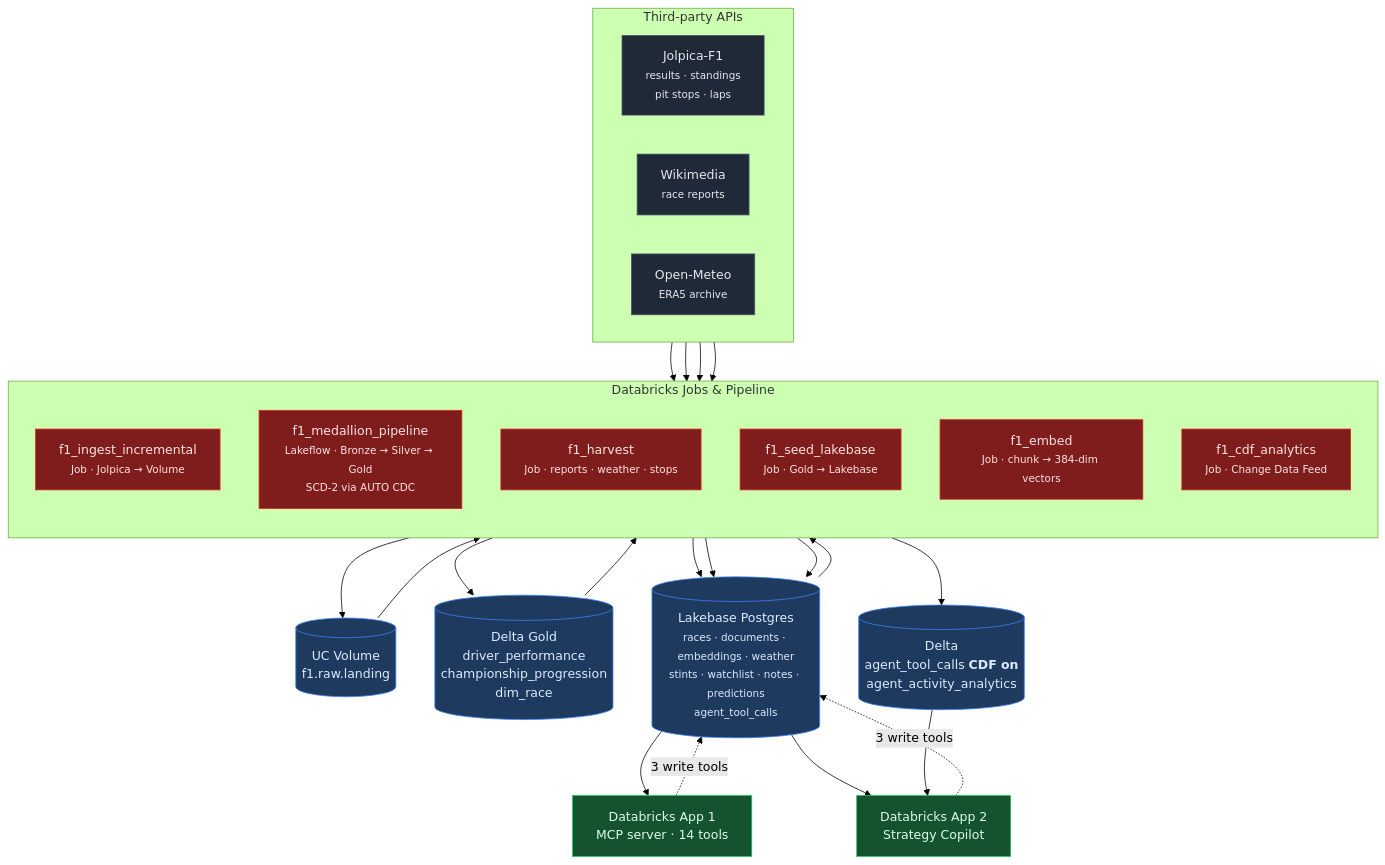
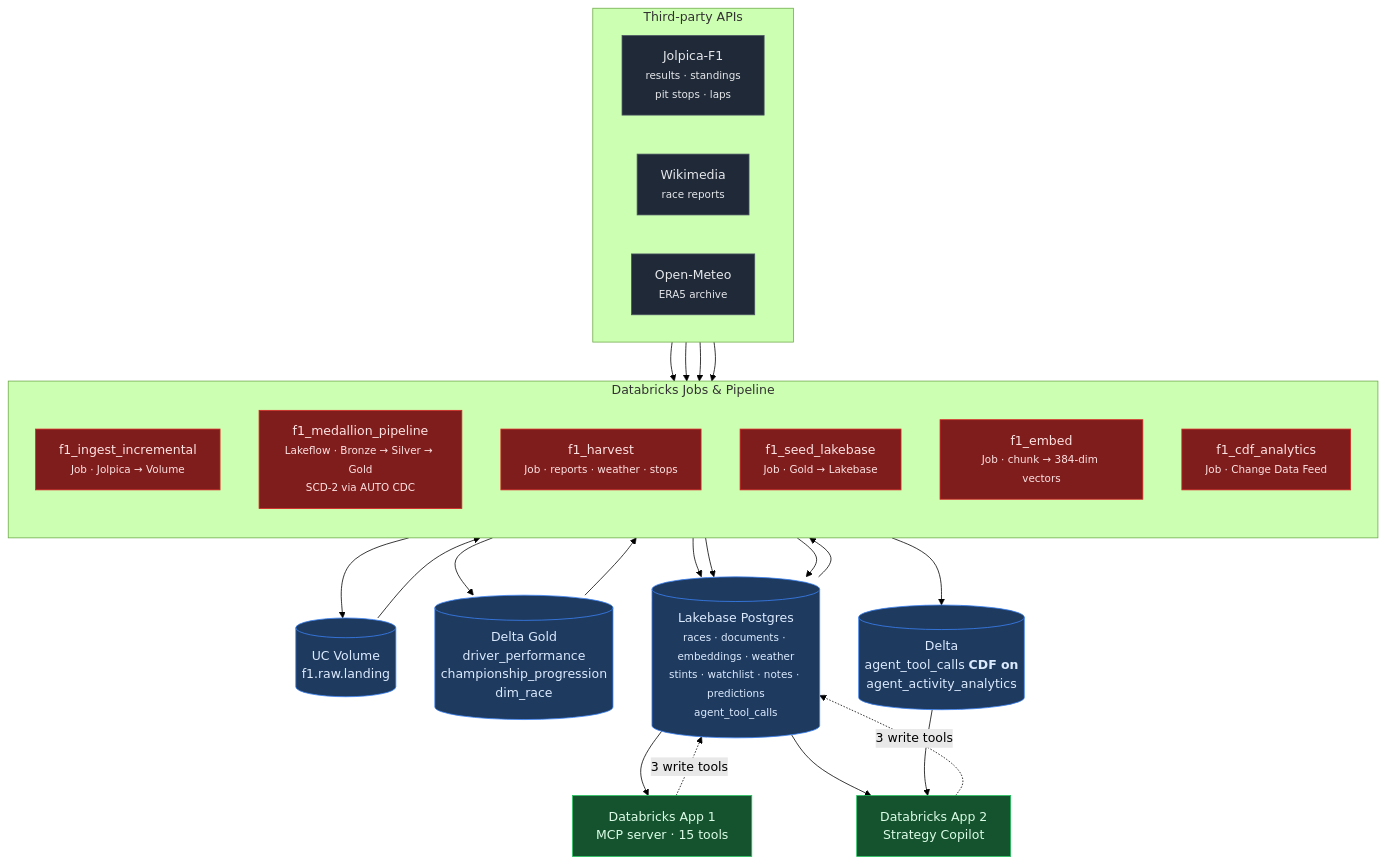
Before and after one commit to abhibastia/f1-strategy-copilot: the diagram in README.md, drawn with Mermaid (forest theme). The commit also changed other lines of this file and 2 other files, not shown here.

````diff
--- a/README.md
+++ b/README.md
@@ -70,50 +70,50 @@
 ```mermaid
 flowchart TD
     subgraph SRC[" Third-party APIs "]
         direction LR
         J["Jolpica-F1<br/><small>results · standings<br/>pit stops · laps</small>"]
         W["Wikimedia<br/><small>race reports</small>"]
         O["Open-Meteo<br/><small>ERA5 archive</small>"]
     end
 
     subgraph DBX[" Databricks Jobs &amp; Pipeline "]
         direction TB
         ING["f1_ingest_incremental<br/><small>Job · Jolpica → Volume</small>"]
         MED["f1_medallion_pipeline<br/><small>Lakeflow · Bronze → Silver → Gold<br/>SCD-2 via AUTO CDC</small>"]
         HAR["f1_harvest<br/><small>Job · reports · weather · stops</small>"]
         SEED["f1_seed_lakebase<br/><small>Job · Gold → Lakebase</small>"]
         EMB["f1_embed<br/><small>Job · chunk → 384-dim vectors</small>"]
         CDF["f1_cdf_analytics<br/><small>Job · Change Data Feed</small>"]
     end
 
     J --> ING --> VOL[("UC Volume<br/>f1.raw.landing")] --> MED
     MED --> GOLD[("Delta Gold<br/>driver_performance<br/>championship_progression<br/>dim_race")]
 
     W --> HAR
     O --> HAR
     J --> HAR
     GOLD --> SEED
 
     HAR --> LB
     SEED --> LB
     EMB --> LB
 
     LB[("Lakebase Postgres<br/><small>races · documents · embeddings · weather<br/>stints · watchlist · notes · predictions<br/>agent_tool_calls</small>")]
 
-    LB --> MCP["Databricks App 1<br/>MCP server · 14 tools"]
+    LB --> MCP["Databricks App 1<br/>MCP server · 15 tools"]
     LB --> UI["Databricks App 2<br/>Strategy Copilot"]
     UI -. "3 write tools" .-> LB
     MCP -. "3 write tools" .-> LB
 
     LB --> CDF --> DELTA[("Delta<br/>agent_tool_calls <b>CDF on</b><br/>agent_activity_analytics")]
     DELTA --> UI
 
     classDef api fill:#1f2937,stroke:#4b5563,color:#e5e7eb
     classDef job fill:#7f1d1d,stroke:#dc2626,color:#fee2e2
     classDef store fill:#1e3a5f,stroke:#3b82f6,color:#dbeafe
     classDef app fill:#14532d,stroke:#22c55e,color:#dcfce7
     class J,W,O api
     class ING,MED,HAR,SEED,EMB,CDF job
     class VOL,GOLD,LB,DELTA store
     class MCP,UI app
 ```
````
